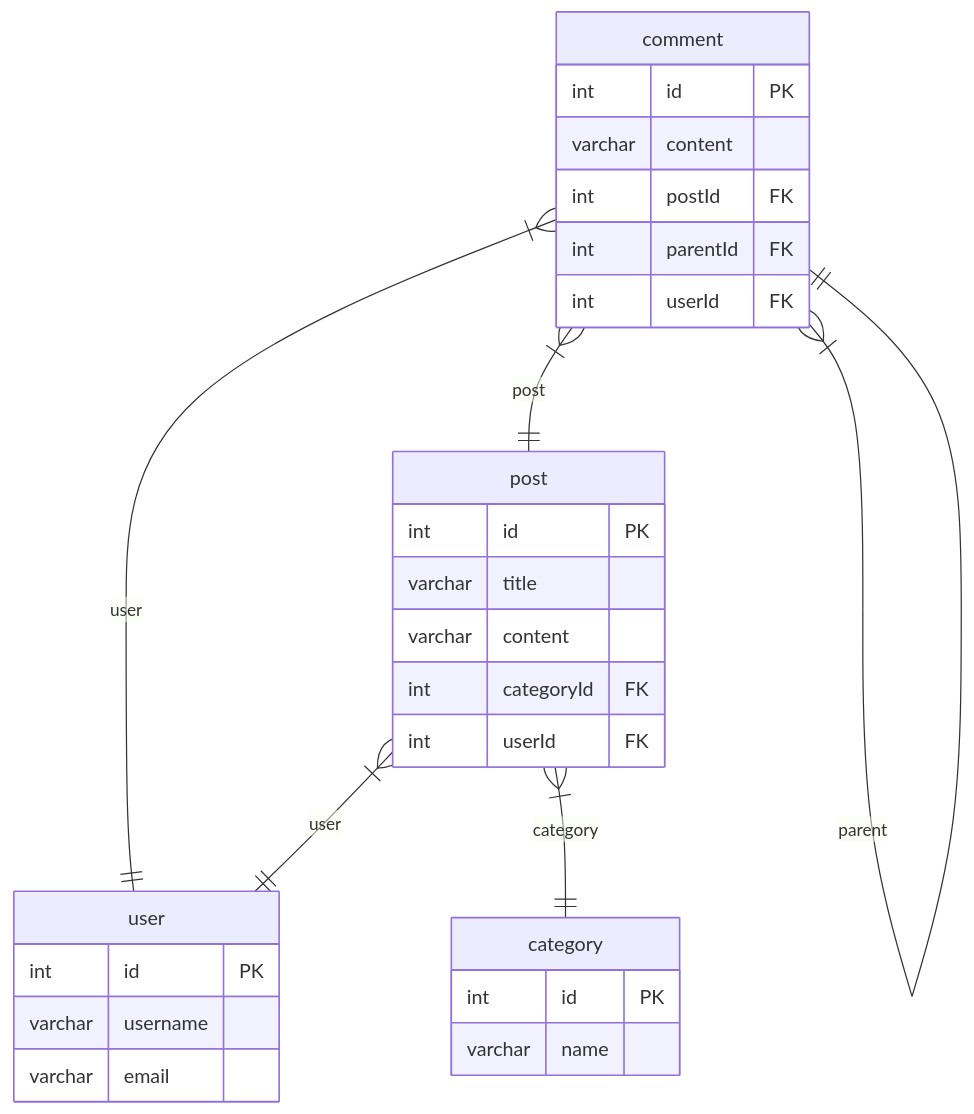
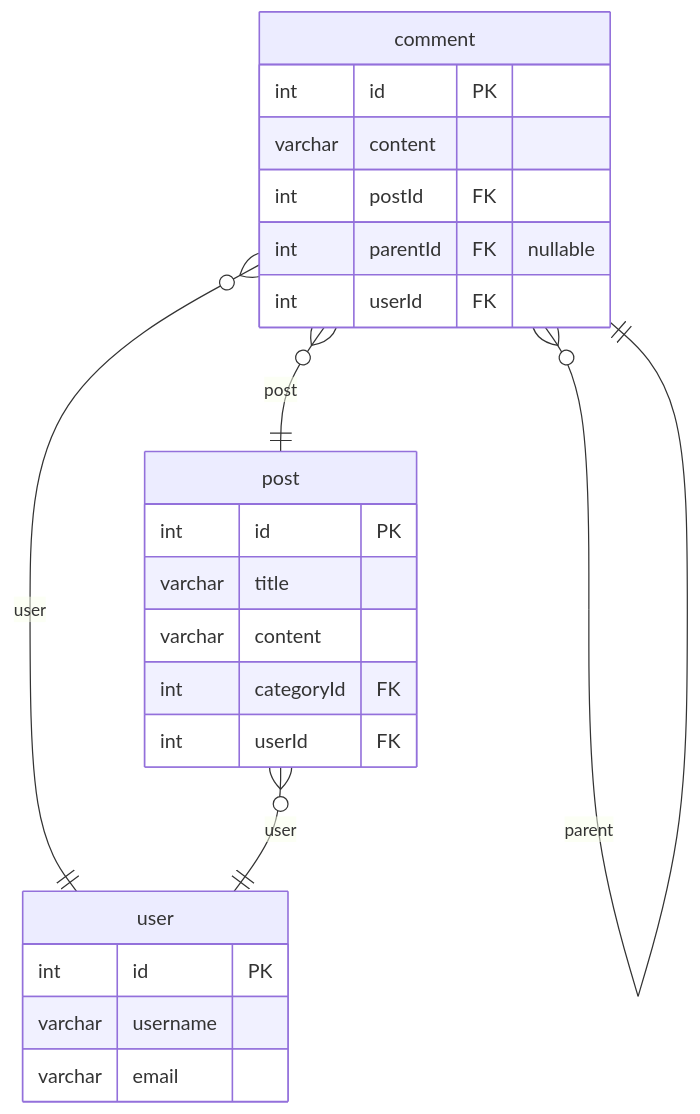
Before and after one commit to hermin9804/typeorm-markdown-generator: the first of 3 diagrams in test/test-nestjs-app/docs/mysql-erd.md, drawn with Mermaid. The commit also changed other lines of this file and 5 other files, not shown here.

````diff
--- a/test/test-nestjs-app/docs/mysql-erd.md
+++ b/test/test-nestjs-app/docs/mysql-erd.md
@@ -18,31 +18,26 @@
 ```mermaid
 erDiagram
   comment {
     int id PK
     varchar content
     int postId FK
-    int parentId FK
+    int parentId FK "nullable"
     int userId FK
-  }
-  category {
-    int id PK
-    varchar name
   }
   post {
     int id PK
     varchar title
     varchar content
     int categoryId FK
     int userId FK
   }
   user {
     int id PK
     varchar username
     varchar email
   }
-  comment }|--|| post: post
-  comment }|--|| comment: parent
-  comment }|--|| user: user
-  post }|--|| user: user
-  post }|--|| category: category
+  comment }o--|| post: post
+  comment }o--|| comment: parent
+  comment }o--|| user: user
+  post }o--|| user: user
 ```
````
